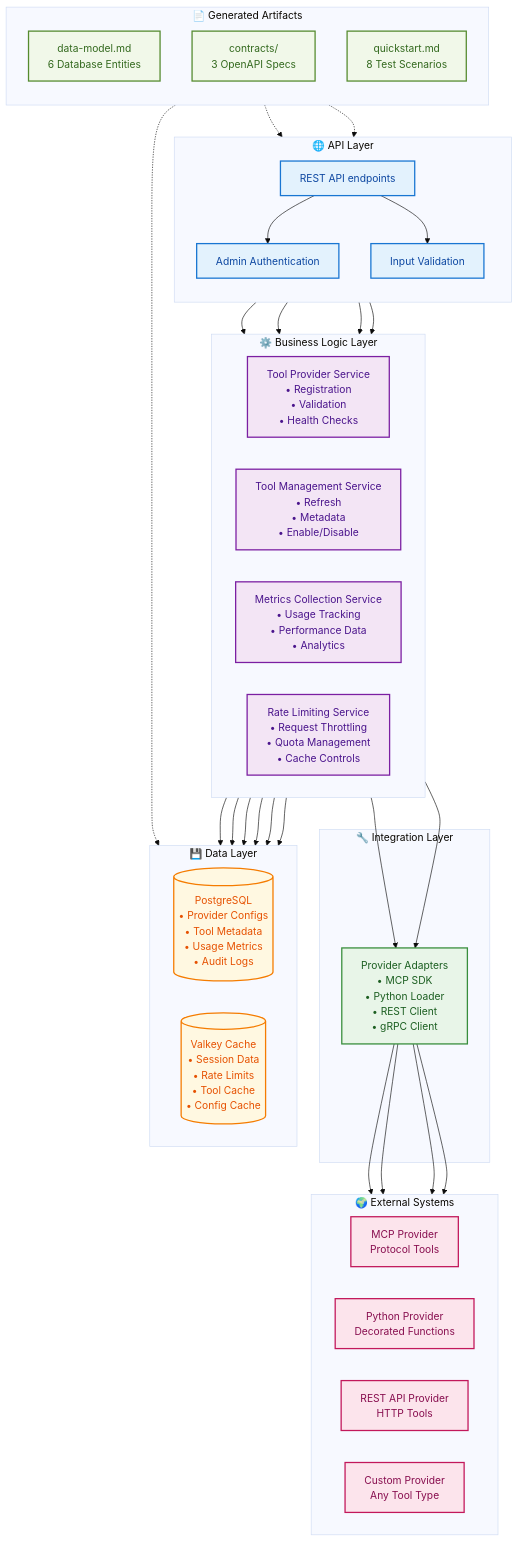
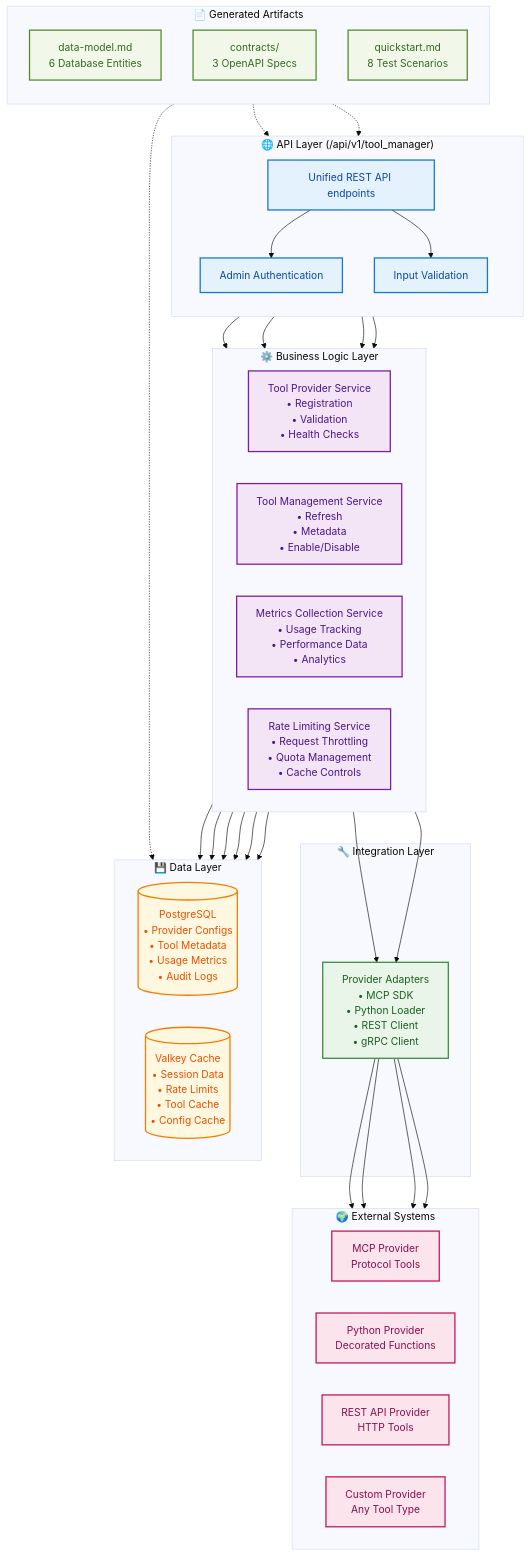
One commit to alinabuzachis/syntara changed the first of 4 diagrams in specs/004-tool-management/plan.md. Above: the diagram before and after it, drawn with Mermaid (base theme). The commit also changed other lines of this file and 31 other files, not shown here.

First line of the commit message:
refactor: AAP-58161: Consolidate tool management APIs under unified tool_manager namespace (#293)

````diff
--- a/specs/004-tool-management/plan.md
+++ b/specs/004-tool-management/plan.md
@@ -45,8 +46,8 @@
 ```mermaid
 graph TB
-    subgraph "🌐 API Layer"
+    subgraph "🌐 API Layer (/api/v1/tool_manager)"
         direction TB
-        API[REST API endpoints]
+        API[Unified REST API endpoints]
         AUTH[Admin Authentication]
         VALID[Input Validation]
     end
````
